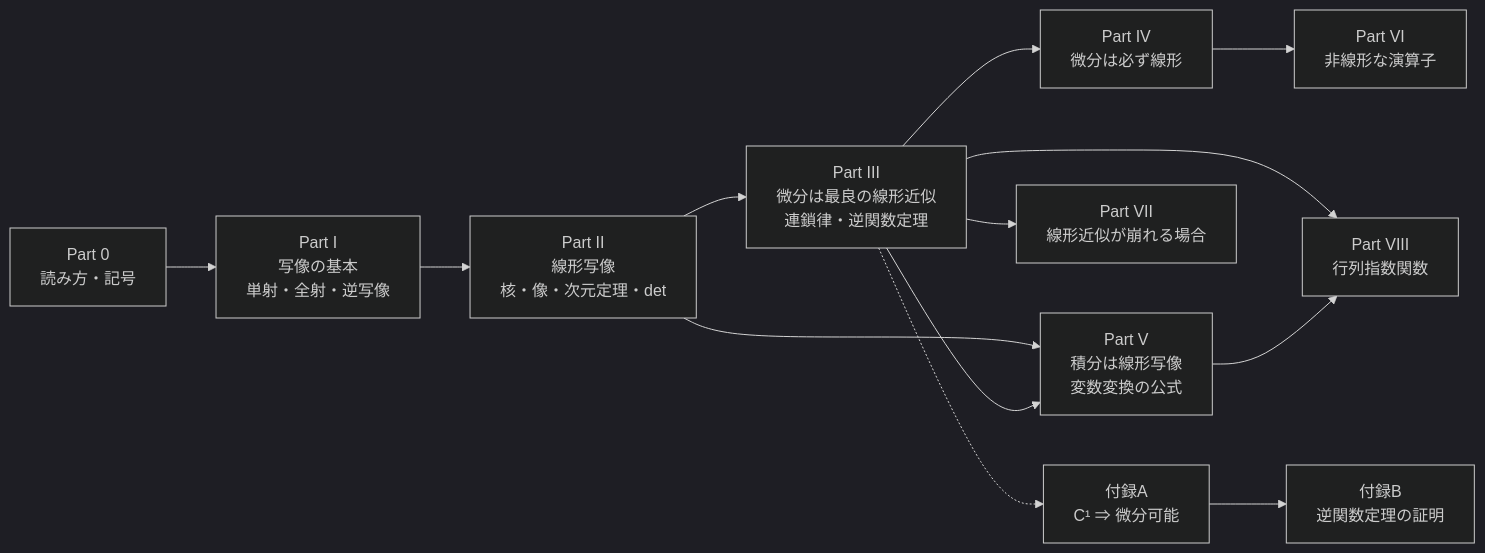
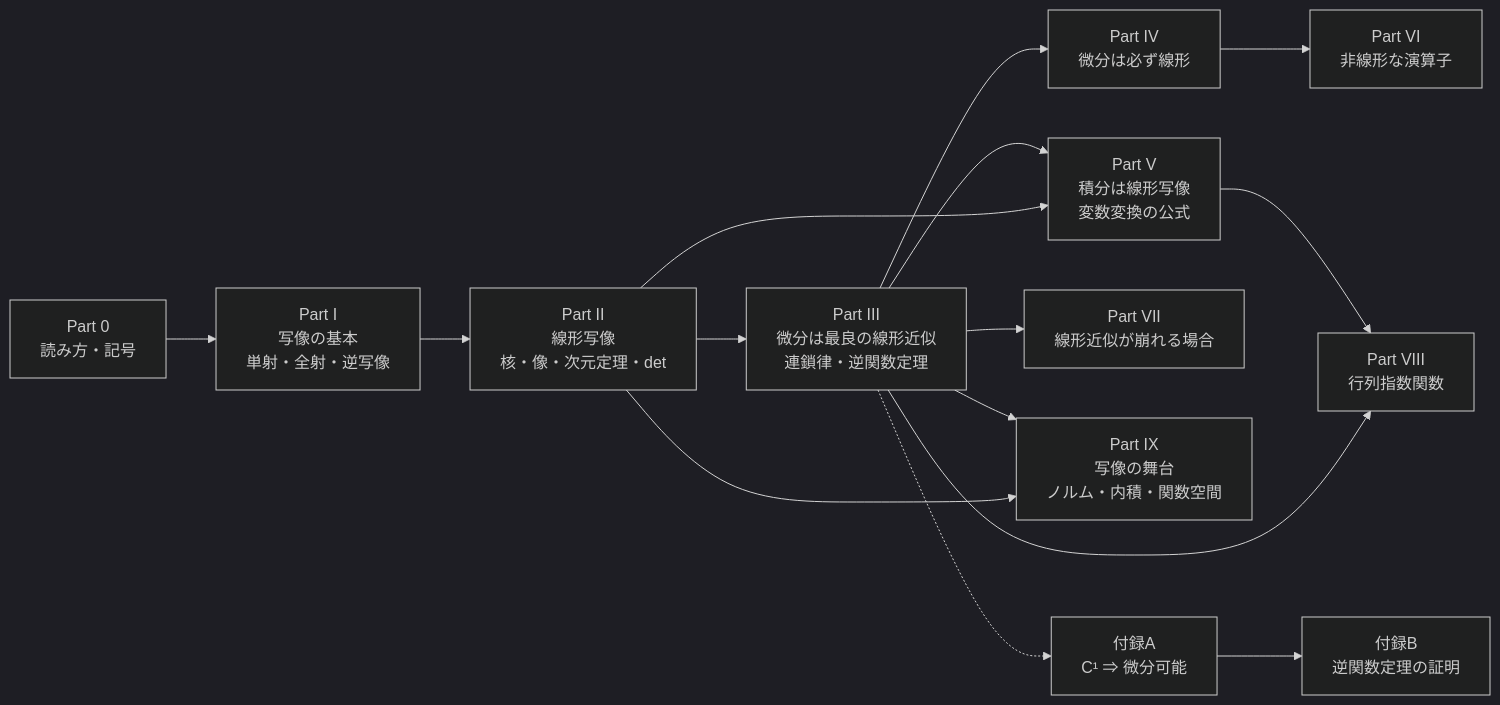
One commit to kazuma0606/quantum-study changed the diagram in 研究ノート/01_基礎・ベクトル解析/functions_linear_maps_derivatives_integrals.md. Above: the diagram before and after it, drawn with Mermaid (dark theme). The commit also changed other lines of this file and 4 other files, not shown here.

````diff
--- a/研究ノート/01_基礎・ベクトル解析/functions_linear_maps_derivatives_integrals.md
+++ b/研究ノート/01_基礎・ベクトル解析/functions_linear_maps_derivatives_integrals.md
@@ -125,23 +135,26 @@
 ```mermaid
 flowchart LR
     P0["Part 0<br/>読み方・記号"]
     P1["Part I<br/>写像の基本<br/>単射・全射・逆写像"]
     P2["Part II<br/>線形写像<br/>核・像・次元定理・det"]
     P3["Part III<br/>微分は最良の線形近似<br/>連鎖律・逆関数定理"]
     P4["Part IV<br/>微分は必ず線形"]
     P5["Part V<br/>積分は線形写像<br/>変数変換の公式"]
     P6["Part VI<br/>非線形な演算子"]
     P7["Part VII<br/>線形近似が崩れる場合"]
     P8["Part VIII<br/>行列指数関数"]
+    P9["Part IX<br/>写像の舞台<br/>ノルム・内積・関数空間"]
 
     P0 --> P1 --> P2 --> P3 --> P4
     P2 --> P5
     P3 --> P5
     P4 --> P6
     P3 --> P7
     P3 --> P8
     P5 --> P8
+    P2 --> P9
+    P3 --> P9
     A["付録A<br/>C¹ ⇒ 微分可能"]
     B["付録B<br/>逆関数定理の証明"]
     P3 -.-> A --> B
 ```
````
